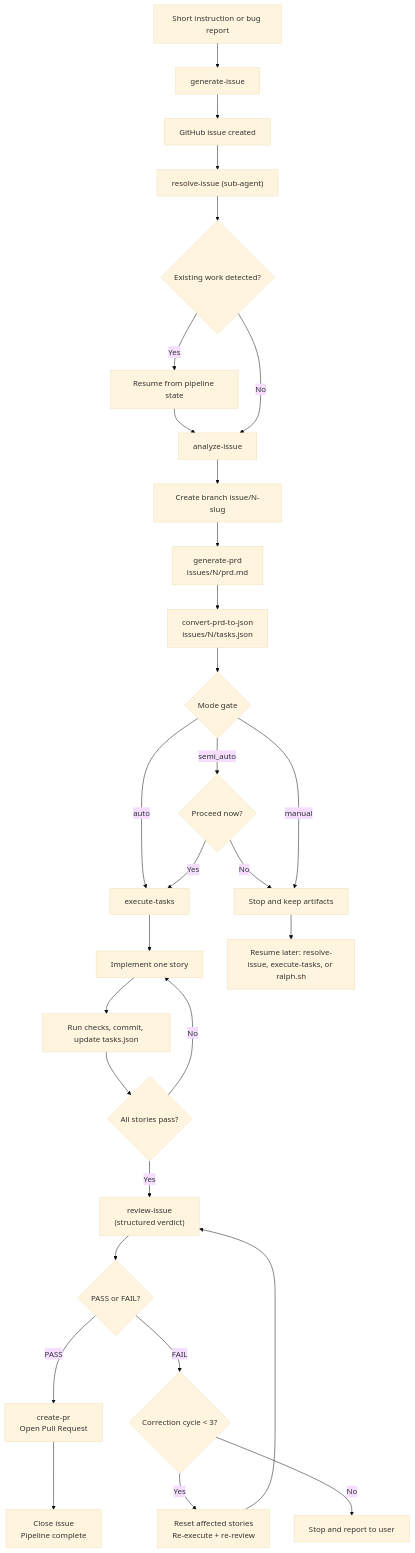
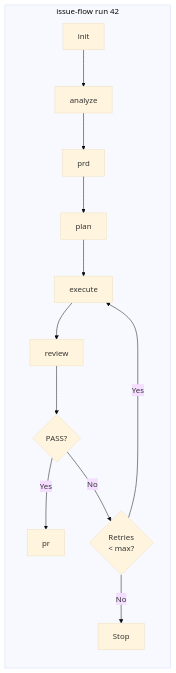
Before and after one commit to fabioassuncao/issue-flow: the diagram in README.md, drawn with Mermaid (base theme). The commit also changed other lines of this file and 6 other files, not shown here.

First line of the commit message:
feat: update resolve-issue agent to remove semi_auto mode and enhance documentation

````diff
--- a/README.md
+++ b/README.md
@@ -70,32 +39,15 @@
 ```mermaid
-flowchart TD
-    A[Short instruction or bug report] --> B[generate-issue]
-    B --> C[GitHub issue created]
-    C --> D["resolve-issue (sub-agent)"]
-    D --> E{Existing work detected?}
-    E -- Yes --> E1["Resume from pipeline state"]
-    E1 --> F
-    E -- No --> F[analyze-issue]
-    F --> G[Create branch issue/N-slug]
-    G --> H[generate-prd<br/>issues/N/prd.md]
-    H --> I[convert-prd-to-json<br/>issues/N/tasks.json]
-    I --> J{"Mode gate"}
-    J -- "auto" --> K[execute-tasks]
-    J -- "semi_auto" --> J1{Proceed now?}
-    J1 -- Yes --> K
-    J1 -- No --> P[Stop and keep artifacts]
-    J -- "manual" --> P
-    K --> L[Implement one story]
-    L --> M[Run checks, commit, update tasks.json]
-    M --> N{All stories pass?}
-    N -- No --> L
-    N -- Yes --> V["review-issue<br/>(structured verdict)"]
-    V --> S{PASS or FAIL?}
-    S -- PASS --> R["create-pr<br/>Open Pull Request"]
-    R --> T["Close issue<br/>Pipeline complete"]
-    S -- FAIL --> W{"Correction cycle < 3?"}
-    W -- Yes --> X["Reset affected stories<br/>Re-execute + re-review"]
-    X --> V
-    W -- No --> Y[Stop and report to user]
-    P --> Q["Resume later: resolve-issue, execute-tasks, or ralph.sh"]
+flowchart LR
+    subgraph "issue-flow run 42"
+        A["init"] --> B["analyze"]
+        B --> C["prd"]
+        C --> D["plan"]
+        D --> E["execute"]
+        E --> F["review"]
+        F --> G{PASS?}
+        G -- Yes --> H["pr"]
+        G -- No --> I{"Retries\n< max?"}
+        I -- Yes --> E
+        I -- No --> J["Stop"]
+    end
 ```
````
